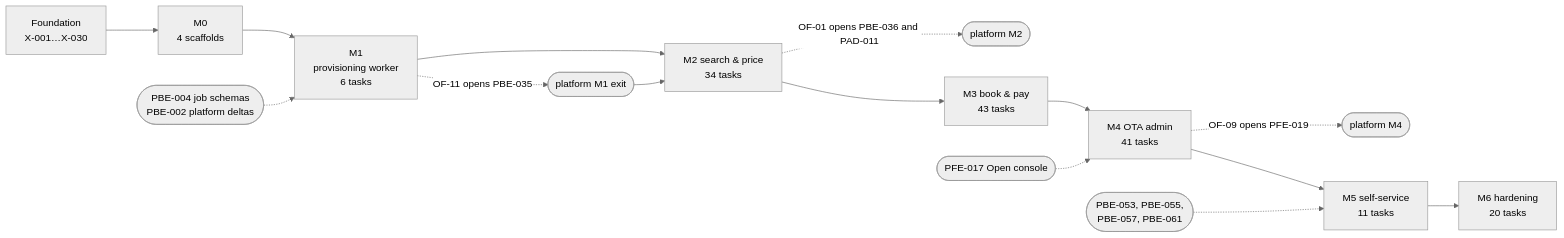
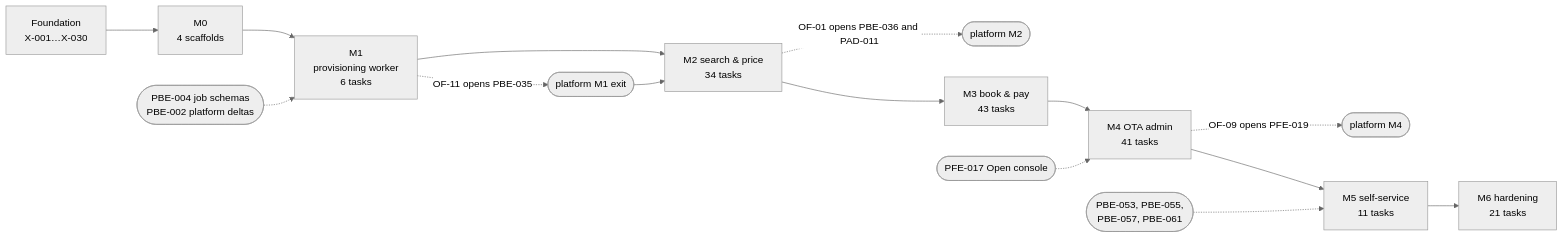
The diagram in ota/docs/plans/implementation-plan.md (bhagwati-prasad/velexis-ota), drawn with Mermaid (neutral theme) before and after one commit. The commit also changed other lines of this file and 4 other files, not shown here.

````diff
--- a/ota/docs/plans/implementation-plan.md
+++ b/ota/docs/plans/implementation-plan.md
@@ -62,17 +62,17 @@
 ```mermaid
 flowchart LR
   F["Foundation<br/>X-001…X-030"] --> M0["M0<br/>4 scaffolds"]
   M0 --> M1["M1<br/>provisioning worker<br/>6 tasks"]
   P4(["PBE-004 job schemas<br/>PBE-002 platform deltas"]) -.-> M1
   M1 -. OF-11 opens PBE-035 .-> PM1(["platform M1 exit"])
   M1 --> M2["M2 search & price<br/>34 tasks"]
   PM1 --> M2
   M2 -. OF-01 opens PBE-036 and PAD-011 .-> PM2(["platform M2"])
   M2 --> M3["M3 book & pay<br/>43 tasks"]
   M3 --> M4["M4 OTA admin<br/>41 tasks"]
   PF17(["PFE-017 Open console"]) -.-> M4
   M4 -. OF-09 opens PFE-019 .-> PM4(["platform M4"])
   M4 --> M5["M5 self-service<br/>11 tasks"]
   PM5(["PBE-053, PBE-055,<br/>PBE-057, PBE-061"]) -.-> M5
-  M5 --> M6["M6 hardening<br/>20 tasks"]
+  M5 --> M6["M6 hardening<br/>21 tasks"]
 ```
````
